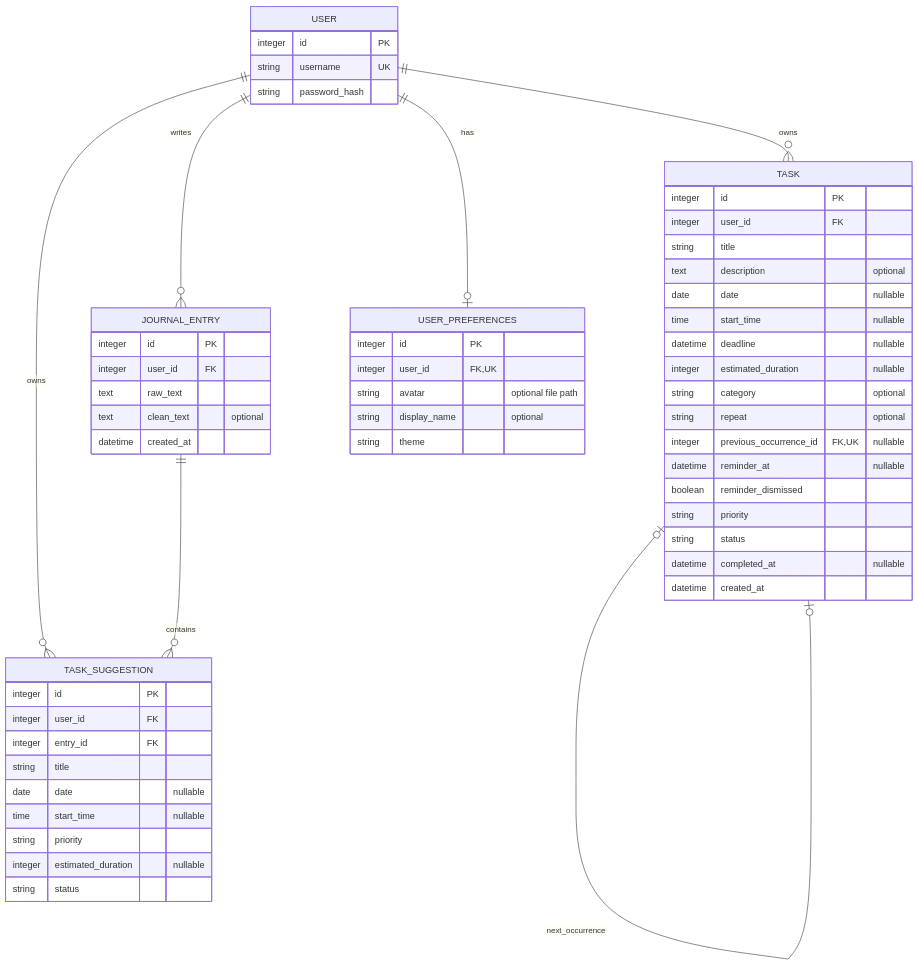
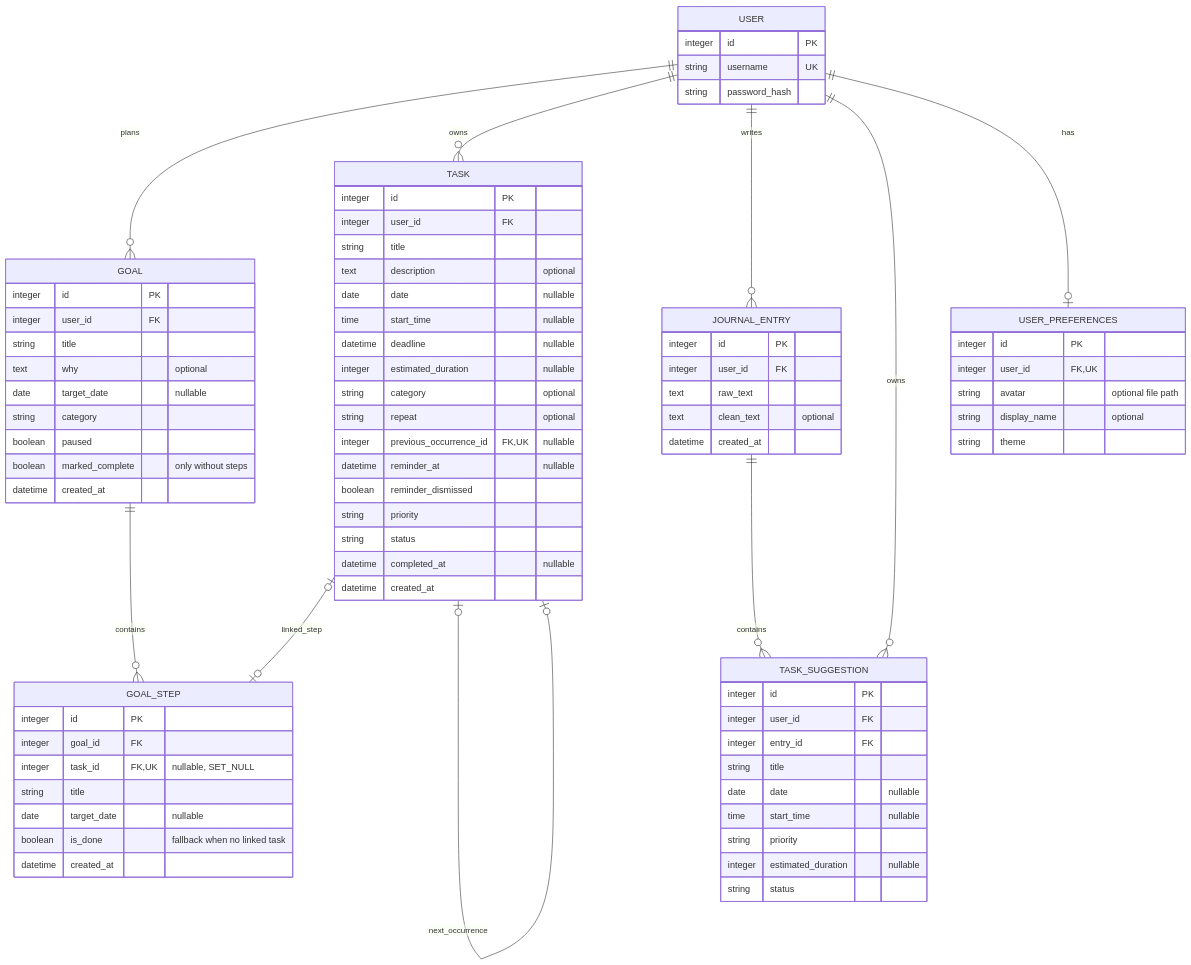
One commit to YmamG/Mawj changed the diagram in docs/design.md. Above: the diagram before and after it, drawn with Mermaid. The commit also changed other lines of this file and 32 other files, not shown here.

Commit message:
Add future goals with milestones and linked task progress

````diff
--- a/docs/design.md
+++ b/docs/design.md
@@ -5,58 +5,81 @@
 ```mermaid
 erDiagram
+    USER ||--o{ GOAL : plans
+    GOAL ||--o{ GOAL_STEP : contains
+    TASK o|--o| GOAL_STEP : linked_step
     USER ||--o{ TASK : owns
     TASK o|--o| TASK : next_occurrence
     USER ||--o{ JOURNAL_ENTRY : writes
     USER ||--o{ TASK_SUGGESTION : owns
     USER ||--o| USER_PREFERENCES : has
     JOURNAL_ENTRY ||--o{ TASK_SUGGESTION : contains
     USER {
         integer id PK
         string username UK
         string password_hash
     }
     TASK {
         integer id PK
         integer user_id FK
         string title
         text description "optional"
         date date "nullable"
         time start_time "nullable"
         datetime deadline "nullable"
         integer estimated_duration "nullable"
         string category "optional"
         string repeat "optional"
         integer previous_occurrence_id FK,UK "nullable"
         datetime reminder_at "nullable"
         boolean reminder_dismissed
         string priority
         string status
         datetime completed_at "nullable"
         datetime created_at
     }
+    GOAL {
+        integer id PK
+        integer user_id FK
+        string title
+        text why "optional"
+        date target_date "nullable"
+        string category
+        boolean paused
+        boolean marked_complete "only without steps"
+        datetime created_at
+    }
+    GOAL_STEP {
+        integer id PK
+        integer goal_id FK
+        integer task_id FK,UK "nullable, SET_NULL"
+        string title
+        date target_date "nullable"
+        boolean is_done "fallback when no linked task"
+        datetime created_at
+    }
     JOURNAL_ENTRY {
         integer id PK
         integer user_id FK
         text raw_text
         text clean_text "optional"
         datetime created_at
     }
     TASK_SUGGESTION {
         integer id PK
         integer user_id FK
         integer entry_id FK
         string title
         date date "nullable"
         time start_time "nullable"
         string priority
         integer estimated_duration "nullable"
         string status
     }
     USER_PREFERENCES {
         integer id PK
         integer user_id FK,UK
         string avatar "optional file path"
         string display_name "optional"
         string theme
     }
 ```
````
